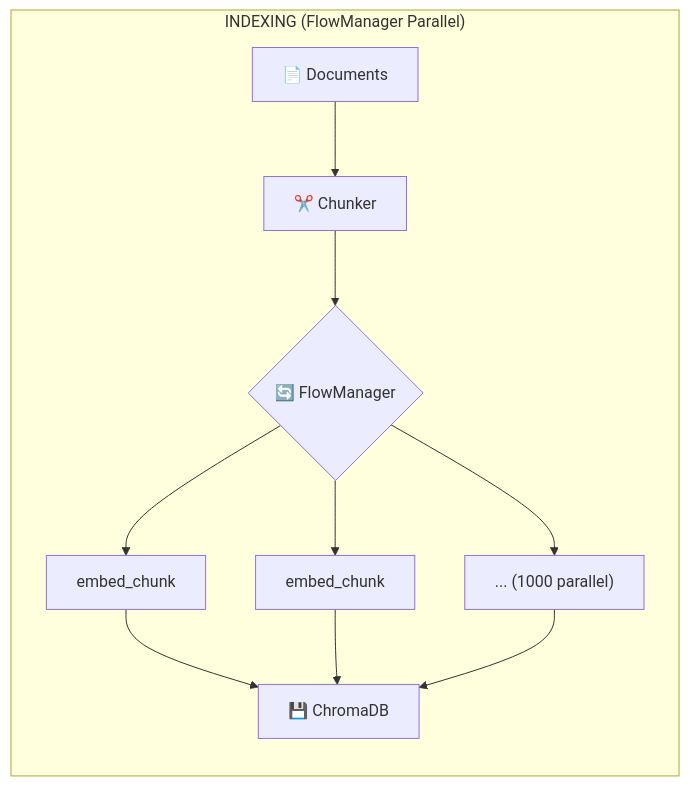
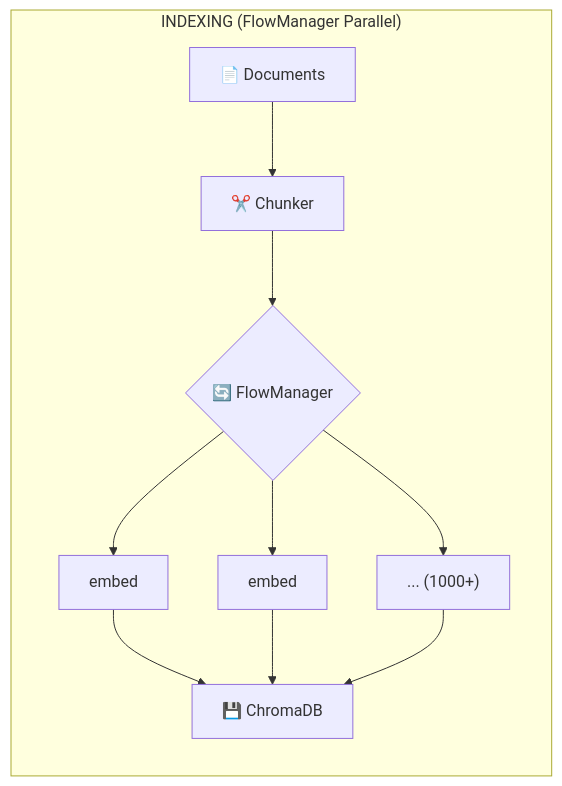
The first of 2 diagrams in examples/integrations/parallel_rag/README.md (dav-rob/Flow4AI), drawn with Mermaid before and after one commit. The commit also changed other lines of this file and 2 other files, not shown here.

First line of the commit message:
refactor(parallel_rag): Extract verbose output to helpers, improve README

````diff
--- a/examples/integrations/parallel_rag/README.md
+++ b/examples/integrations/parallel_rag/README.md
@@ -7,13 +74,13 @@
 ```mermaid
 graph LR
     subgraph "INDEXING (FlowManager Parallel)"
         A[📄 Documents] --> B[✂️ Chunker]
         B --> C{🔄 FlowManager}
-        C --> D1[embed_chunk]
-        C --> D2[embed_chunk]
-        C --> D3["... (1000 parallel)"]
+        C --> D1[embed]
+        C --> D2[embed]
+        C --> D3["... (1000+)"]
         D1 --> E[💾 ChromaDB]
         D2 --> E
         D3 --> E
     end
 ```
````
